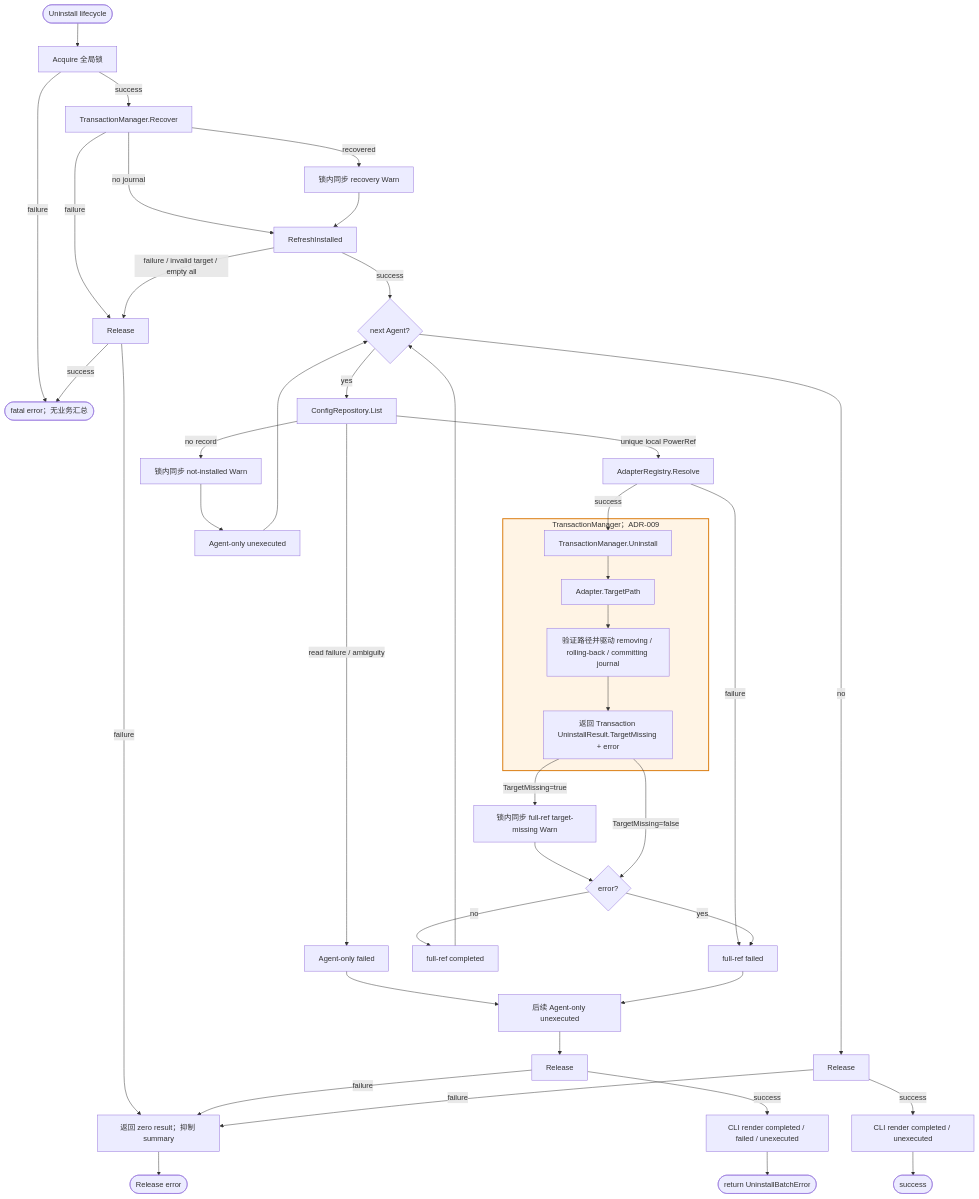
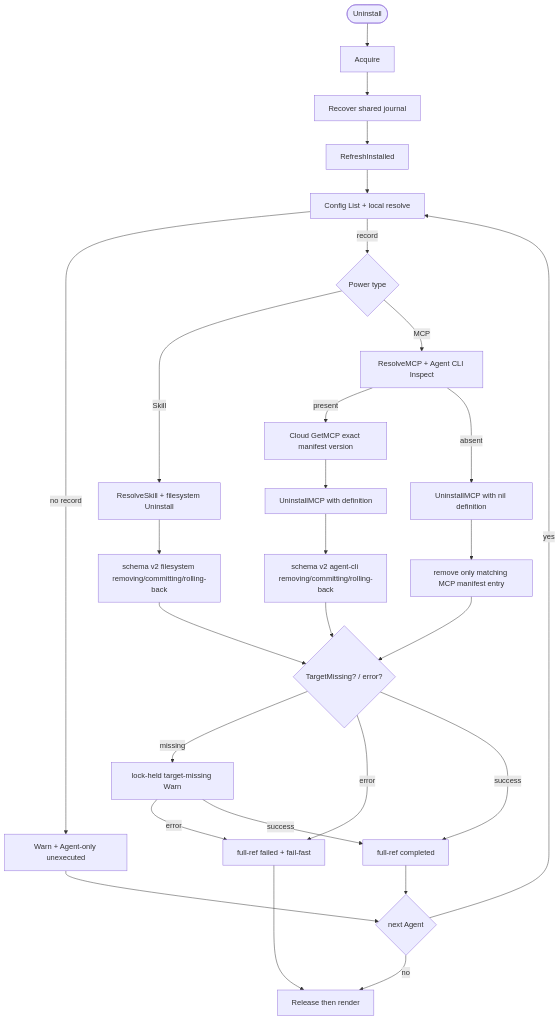
The diagram in ivory-tower/c4/components/apm-cli-lifecycle-diagrams/uninstall.mmd (spacemit-com/agent-power-manager), drawn with Mermaid before and after one commit. The commit also changed 19 other files, not shown here.

Commit message:
docs(mcp): document Agent CLI lifecycle

```diff
--- a/ivory-tower/c4/components/apm-cli-lifecycle-diagrams/uninstall.mmd
+++ b/ivory-tower/c4/components/apm-cli-lifecycle-diagrams/uninstall.mmd
@@ -1,49 +1,28 @@
 flowchart TD
-    UninstallStart([Uninstall lifecycle]) --> UninstallAcquire[Acquire 全局锁]
-    UninstallAcquire -->|failure| UninstallFatal([fatal error；无业务汇总])
-    UninstallAcquire -->|success| UninstallRecover[TransactionManager.Recover]
-    UninstallRecover -->|recovered| UninstallRecoverWarn[锁内同步 recovery Warn]
-    UninstallRecover -->|no journal| UninstallRefresh[RefreshInstalled]
-    UninstallRecoverWarn --> UninstallRefresh
-    UninstallRecover -->|failure| UninstallReleaseFatal[Release]
-    UninstallRefresh -->|failure / invalid target / empty all| UninstallReleaseFatal
-    UninstallRefresh -->|success| UninstallNext{next Agent?}
-
-    UninstallNext -->|yes| UninstallList[ConfigRepository.List]
-    UninstallList -->|no record| UninstallNotInstalledWarn[锁内同步 not-installed Warn]
-    UninstallNotInstalledWarn --> UninstallAgentOnlyUnexecuted[Agent-only unexecuted]
-    UninstallAgentOnlyUnexecuted --> UninstallNext
-
-    UninstallList -->|read failure / ambiguity| UninstallAgentOnlyFailed[Agent-only failed]
-    UninstallAgentOnlyFailed --> UninstallFillLater[后续 Agent-only unexecuted]
-    UninstallList -->|unique local PowerRef| UninstallResolve[AdapterRegistry.Resolve]
-    UninstallResolve -->|failure| UninstallFullFailed[full-ref failed]
-    UninstallResolve -->|success| UninstallTransaction[TransactionManager.Uninstall]
-
-    subgraph UninstallTx[TransactionManager；ADR-009]
-        UninstallTransaction --> UninstallTargetPath[Adapter.TargetPath]
-        UninstallTargetPath --> UninstallJournal[验证路径并驱动 removing / rolling-back / committing journal]
-        UninstallJournal --> UninstallTxReturn[返回 Transaction UninstallResult.TargetMissing + error]
-    end
-
-    UninstallTxReturn -->|TargetMissing=true| UninstallMissingWarn[锁内同步 full-ref target-missing Warn]
-    UninstallMissingWarn --> UninstallTxError{error?}
-    UninstallTxReturn -->|TargetMissing=false| UninstallTxError
-    UninstallTxError -->|no| UninstallCompleted[full-ref completed]
-    UninstallTxError -->|yes| UninstallFullFailed
-    UninstallCompleted --> UninstallNext
-    UninstallFullFailed --> UninstallFillLater
-    UninstallFillLater --> UninstallReleaseBatch[Release]
-
-    UninstallNext -->|no| UninstallReleaseSuccess[Release]
-    UninstallReleaseFatal -->|success| UninstallFatal
-    UninstallReleaseFatal -->|failure| UninstallSuppress[返回 zero result；抑制 summary]
-    UninstallReleaseBatch -->|success| UninstallRenderBatch[CLI render completed / failed / unexecuted]
-    UninstallRenderBatch --> UninstallBatchError([return UninstallBatchError])
-    UninstallReleaseBatch -->|failure| UninstallSuppress
-    UninstallReleaseSuccess -->|success| UninstallRender[CLI render completed / unexecuted]
-    UninstallReleaseSuccess -->|failure| UninstallSuppress
-    UninstallRender --> UninstallOK([success])
-    UninstallSuppress --> UninstallReleaseError([Release error])
-
-    style UninstallTx fill:#fff4e5,stroke:#d97706,stroke-width:2px
+    Start([Uninstall]) --> Lock[Acquire]
+    Lock --> Recover[Recover shared journal]
+    Recover --> Refresh[RefreshInstalled]
+    Refresh --> Manifest[Config List + local resolve]
+    Manifest -->|no record| WarnNone[Warn + Agent-only unexecuted]
+    Manifest -->|record| Type{Power type}
+    Type -->|Skill| Skill[ResolveSkill + filesystem Uninstall]
+    Skill --> FSJournal[schema v2 filesystem removing/committing/rolling-back]
+    Type -->|MCP| MCP[ResolveMCP + Agent CLI Inspect]
+    MCP -->|present| Def[Cloud GetMCP exact manifest version]
+    Def --> MCPTx[UninstallMCP with definition]
+    MCP -->|absent| MCPStale[UninstallMCP with nil definition]
+    MCPTx --> CLIJournal[schema v2 agent-cli removing/committing/rolling-back]
+    MCPStale --> Missing[remove only matching MCP manifest entry]
+    FSJournal --> Result{TargetMissing? / error?}
+    CLIJournal --> Result
+    Missing --> Result
+    Result -->|missing| WarnMissing[lock-held target-missing Warn]
+    Result -->|error| Fail[full-ref failed + fail-fast]
+    Result -->|success| Done[full-ref completed]
+    WarnMissing -->|error| Fail
+    WarnMissing -->|success| Done
+    WarnNone --> Next{next Agent}
+    Done --> Next
+    Next -->|yes| Manifest
+    Next -->|no| Release[Release then render]
+    Fail --> Release
```
